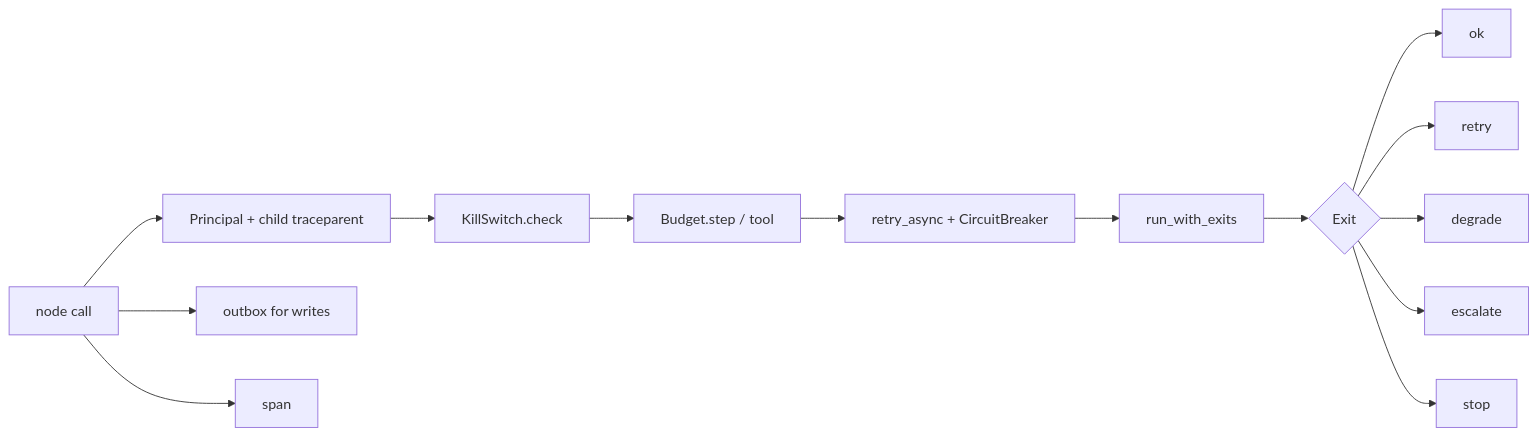
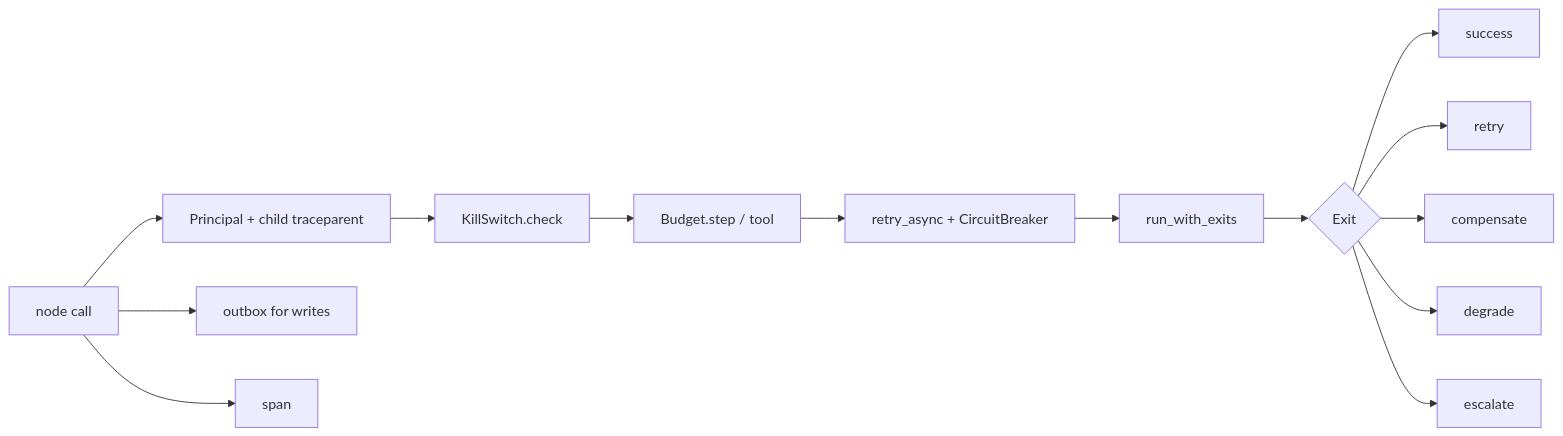
The diagram in docs/components/harness.md (jagadishmazure-jpg/Jagadish-azure-agent-platform), drawn with Mermaid before and after one commit. The commit also changed 3 other files, not shown here.

````diff
--- a/docs/components/harness.md
+++ b/docs/components/harness.md
@@ -13,12 +13,12 @@
 ```mermaid
 flowchart LR
     N[node call] --> ID[Principal + child traceparent]
     ID --> KS[KillSwitch.check]
     KS --> BU[Budget.step / tool]
     BU --> RE[retry_async + CircuitBreaker]
     RE --> X[run_with_exits]
     X --> E{Exit}
-    E --> OK[ok] & RT[retry] & DG[degrade] & ES[escalate] & ST[stop]
+    E --> OK[success] & RT[retry] & CP[compensate] & DG[degrade] & ES[escalate]
     N --> OB[outbox for writes]
     N --> SP[span]
 ```
````
